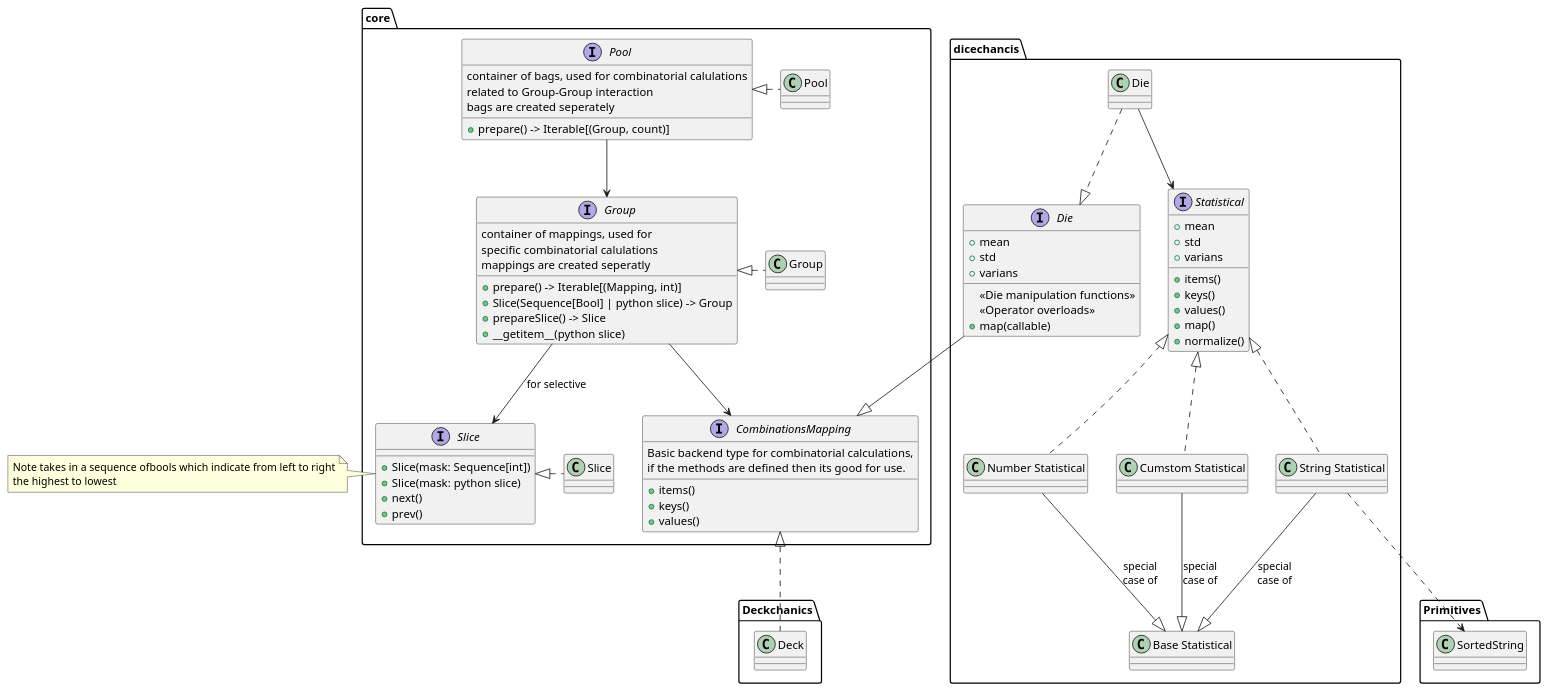
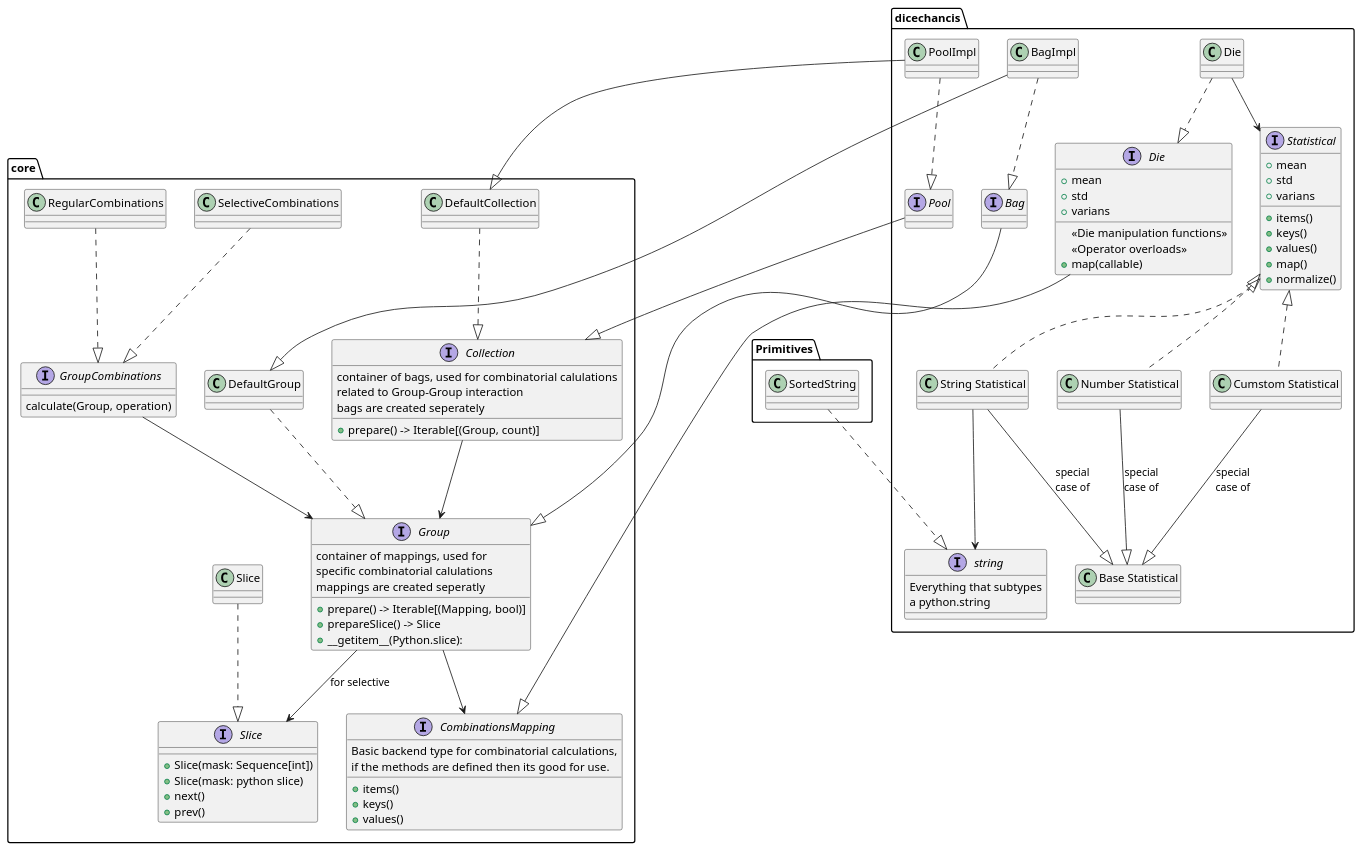
One commit to daplhall/dicechanics changed the diagram in docs/diagrams/systemClasses.puml. Above: the diagram before and after it, drawn with PlantUML. The commit also changed 15 other files, not shown here.

Commit message:
[refactor] changed the names of bag an pool

```diff
--- a/docs/diagrams/systemClasses.puml
+++ b/docs/diagrams/systemClasses.puml
@@ -1,99 +1,110 @@
 @startuml System
 top to bottom direction
 package "core"{
-    class Pool{
+    class DefaultCollection{
     }
-    interface "Pool" as pool {
+    interface "Collection" as collection {
         container of bags, used for combinatorial calulations\nrelated to Group-Group interaction
         bags are created seperately
         + prepare() -> Iterable[(Group, count)]
     }
-    class Group{
+    class DefaultGroup{
     }
     interface "Group" as group{
         container of mappings, used for\nspecific combinatorial calulations
         mappings are created seperatly
-        + prepare() -> Iterable[(Mapping, int)]
-        + Slice(Sequence[Bool] | python slice) -> Group
+        + prepare() -> Iterable[(Mapping, bool)]
         + prepareSlice() -> Slice
-        + __getitem__(python slice)
-
+        + __getitem__(Python.slice):
     }
     interface "CombinationsMapping" as mapping{
         Basic backend type for combinatorial calculations,\nif the methods are defined then its good for use.
         + items()
         + keys()
         + values()
     }
     Class "Slice" as sliceClass
     interface "Slice" as slice{
         +Slice(mask: Sequence[int])
         +Slice(mask: python slice)
         +next()
         +prev()
     }
+    interface GroupCombinations {
+        calculate(Group, operation) 
+    }
+    class RegularCombinations{
+        
+    }
+    class SelectiveCombinations{
+        
+    }
 }
-
-note left of slice
-   Note takes in a sequence ofbools which indicate from left to right
-   the highest to lowest 
-end note
-
-
 
 package "dicechancis" {
     class Die{
     }
     class "Number Statistical" as numstat
     class "String Statistical" as strstat
     class "Cumstom Statistical" as customstat
     class "Base Statistical" as basestat
+    class PoolImpl
+    class BagImpl
     interface Statistical{
         + items()
         + keys()
         + values()
         + map()
         + normalize()
         + mean
         + std
         + varians
     }
     interface "Die" as die{
         {method}<<Die manipulation functions>>
         {method}<<Operator overloads>>
         +map(callable)
         + mean
         + std
         + varians
     }
+    interface Pool
+    interface Bag
+    interface string{
+        Everything that subtypes\na python.string
+    }
 }
 package "Primitives"{
     class SortedString
 }
 
-package "Deckchanics"{
-    class Deck
-}
-
 'core
-Pool .left.|> pool
-pool --> group
-Group .left.|> group
+DefaultCollection ..|> collection
+collection --> group
+DefaultGroup ..|> group
 group --> mapping
 group --> slice: for selective
-sliceClass .left.|> slice
+sliceClass ..|> slice
+GroupCombinations --> group
+RegularCombinations ..|> GroupCombinations
+SelectiveCombinations ..|> GroupCombinations
 'deck
-Deck .up.|> mapping
 'diechanics
 Die ..|> die
 Die --> Statistical 
 die --|> mapping
 numstat .up.|> Statistical
 strstat .up.|> Statistical
 customstat .up.|> Statistical
 numstat -down-|> basestat: special\ncase of 
 strstat -down-|> basestat: special\ncase of
 customstat -down-|> basestat :special\ncase of
-strstat ..> SortedString
-
+strstat --> string
+SortedString ..|> string
+Pool --|> collection
+PoolImpl ..|> Pool
+PoolImpl --|> DefaultCollection
+Bag --|> group
+BagImpl ..|> Bag
+BagImpl --|> DefaultGroup
 @enduml
```
